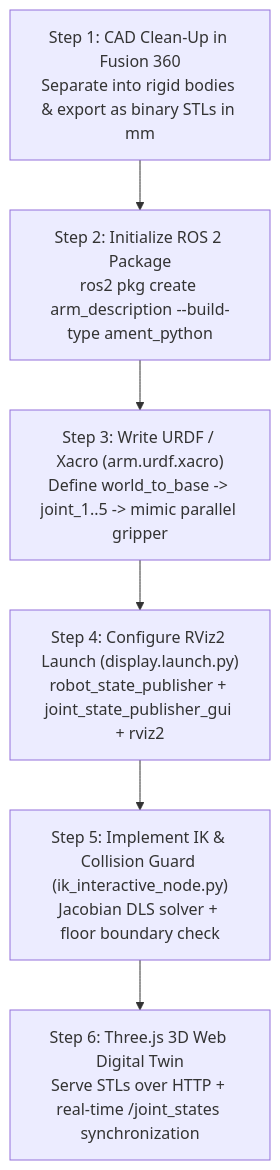
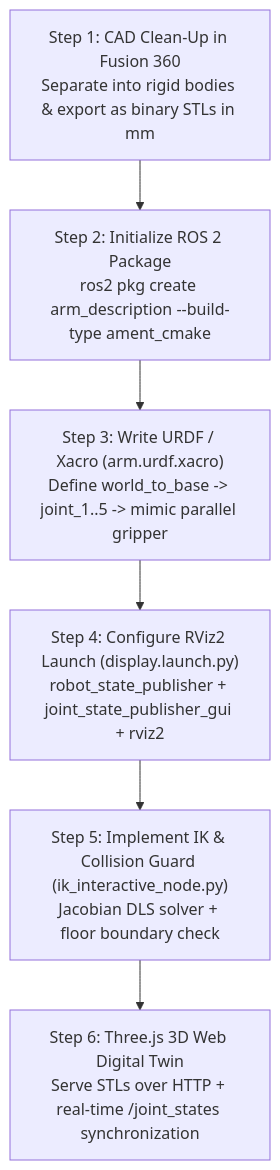
The fifth of 5 diagrams in README.md (vivek5391/6dof-robotic-arm-ros2), drawn with Mermaid before and after one commit. The commit also changed other lines of this file, not shown here.

Commit message:
Make workspace instructions portable and correct package type

````diff
--- a/README.md
+++ b/README.md
@@ -466,9 +466,9 @@
 ```mermaid
 flowchart TD
     Step1["Step 1: CAD Clean-Up in Fusion 360\nSeparate into rigid bodies & export as binary STLs in mm"] --> Step2
-    Step2["Step 2: Initialize ROS 2 Package\nros2 pkg create arm_description --build-type ament_python"] --> Step3
+    Step2["Step 2: Initialize ROS 2 Package\nros2 pkg create arm_description --build-type ament_cmake"] --> Step3
     Step3["Step 3: Write URDF / Xacro (arm.urdf.xacro)\nDefine world_to_base -> joint_1..5 -> mimic parallel gripper"] --> Step4
     Step4["Step 4: Configure RViz2 Launch (display.launch.py)\nrobot_state_publisher + joint_state_publisher_gui + rviz2"] --> Step5
     Step5["Step 5: Implement IK & Collision Guard (ik_interactive_node.py)\nJacobian DLS solver + floor boundary check"] --> Step6
     Step6["Step 6: Three.js 3D Web Digital Twin\nServe STLs over HTTP + real-time /joint_states synchronization"]
 ```
````
